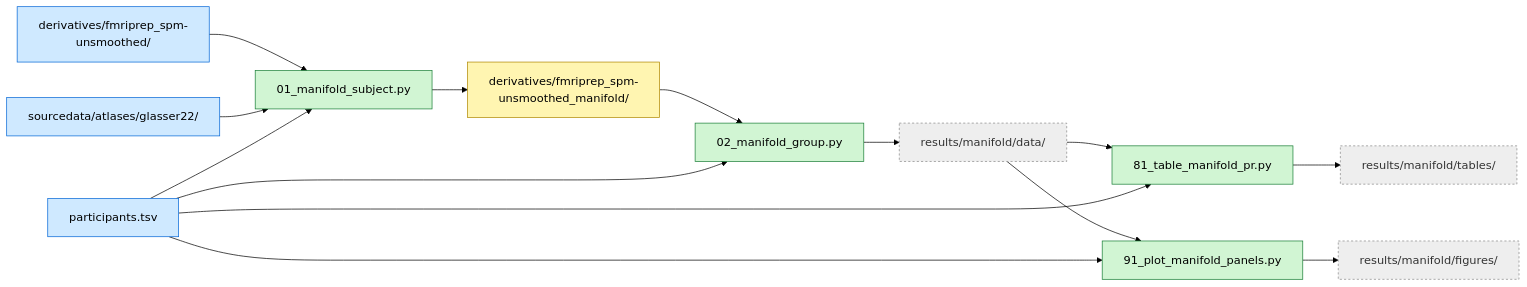
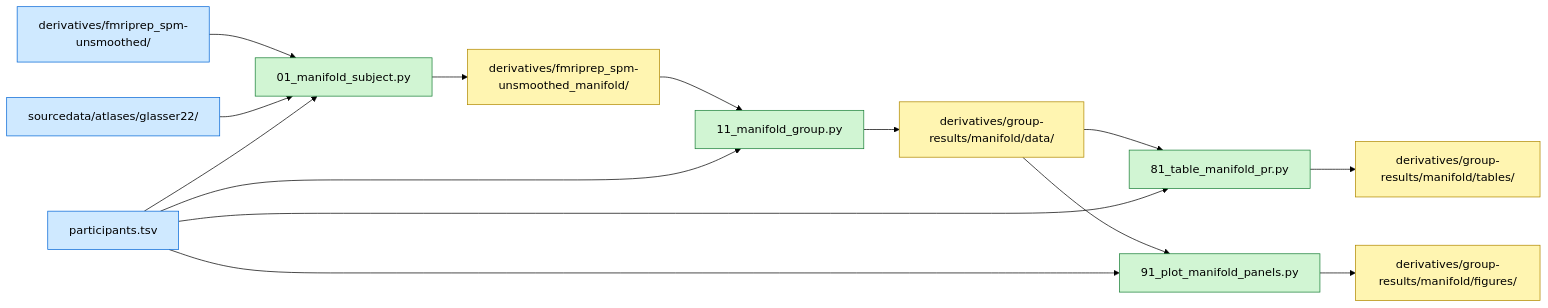
Before and after one commit to costantinoai/chess-expertise-2025: the diagram in chess-manifold/README.md, drawn with Mermaid (forest theme). The commit also changed other lines of this file and 59 other files, not shown here.

````diff
--- a/chess-manifold/README.md
+++ b/chess-manifold/README.md
@@ -15,34 +15,33 @@
 ```mermaid
 flowchart LR
-  classDef in fill:#cfe9ff,stroke:#0366d6,color:#000
-  classDef out fill:#fff5b1,stroke:#b08800,color:#000
-  classDef sc fill:#d1f5d3,stroke:#1a7f37,color:#000
-  classDef rl fill:#eee,stroke:#888,stroke-dasharray:3 3,color:#333
+ classDef in fill:#cfe9ff,stroke:#0366d6,color:#000
+ classDef out fill:#fff5b1,stroke:#b08800,color:#000
+ classDef sc fill:#d1f5d3,stroke:#1a7f37,color:#000
 
-  PT[participants.tsv]:::in
-  GLMU[derivatives/fmriprep_spm-unsmoothed/]:::in
-  A22[sourcedata/atlases/glasser22/]:::in
+ PT[participants.tsv]:::in
+ GLMU[derivatives/fmriprep_spm-unsmoothed/]:::in
+ A22[sourcedata/atlases/glasser22/]:::in
 
-  MAN01["01_manifold_subject.py"]:::sc
-  MAN02["02_manifold_group.py"]:::sc
-  MAN81["81_table_manifold_pr.py"]:::sc
-  MAN91["91_plot_manifold_panels.py"]:::sc
-  MAN[derivatives/fmriprep_spm-unsmoothed_manifold/]:::out
-  DATA["results/manifold/data/"]:::rl
-  TABLES["results/manifold/tables/"]:::rl
-  FIGURES["results/manifold/figures/"]:::rl
+ MAN01["01_manifold_subject.py"]:::sc
+ MAN11["11_manifold_group.py"]:::sc
+ MAN81["81_table_manifold_pr.py"]:::sc
+ MAN91["91_plot_manifold_panels.py"]:::sc
+ MAN[derivatives/fmriprep_spm-unsmoothed_manifold/]:::out
+ DATA["derivatives/group-results/manifold/data/"]:::out
+ TABLES["derivatives/group-results/manifold/tables/"]:::out
+ FIGURES["derivatives/group-results/manifold/figures/"]:::out
 
-  GLMU --> MAN01
-  A22 --> MAN01
-  PT --> MAN01
-  MAN01 --> MAN
+ GLMU --> MAN01
+ A22 --> MAN01
+ PT --> MAN01
+ MAN01 --> MAN
 
-  MAN --> MAN02
-  PT --> MAN02
-  MAN02 --> DATA
+ MAN --> MAN11
+ PT --> MAN11
+ MAN11 --> DATA
 
-  DATA --> MAN81 --> TABLES
-  PT --> MAN81
-  DATA --> MAN91 --> FIGURES
-  PT --> MAN91
+ DATA --> MAN81 --> TABLES
+ PT --> MAN81
+ DATA --> MAN91 --> FIGURES
+ PT --> MAN91
 ```
````
